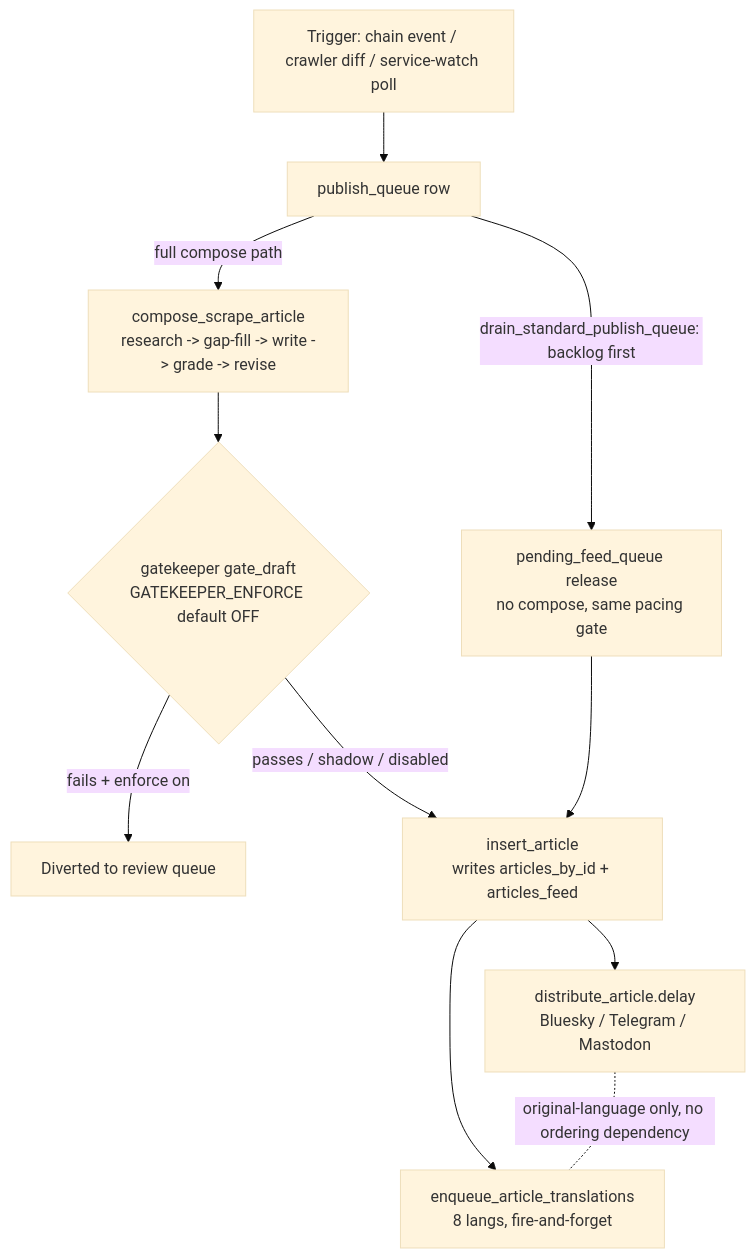
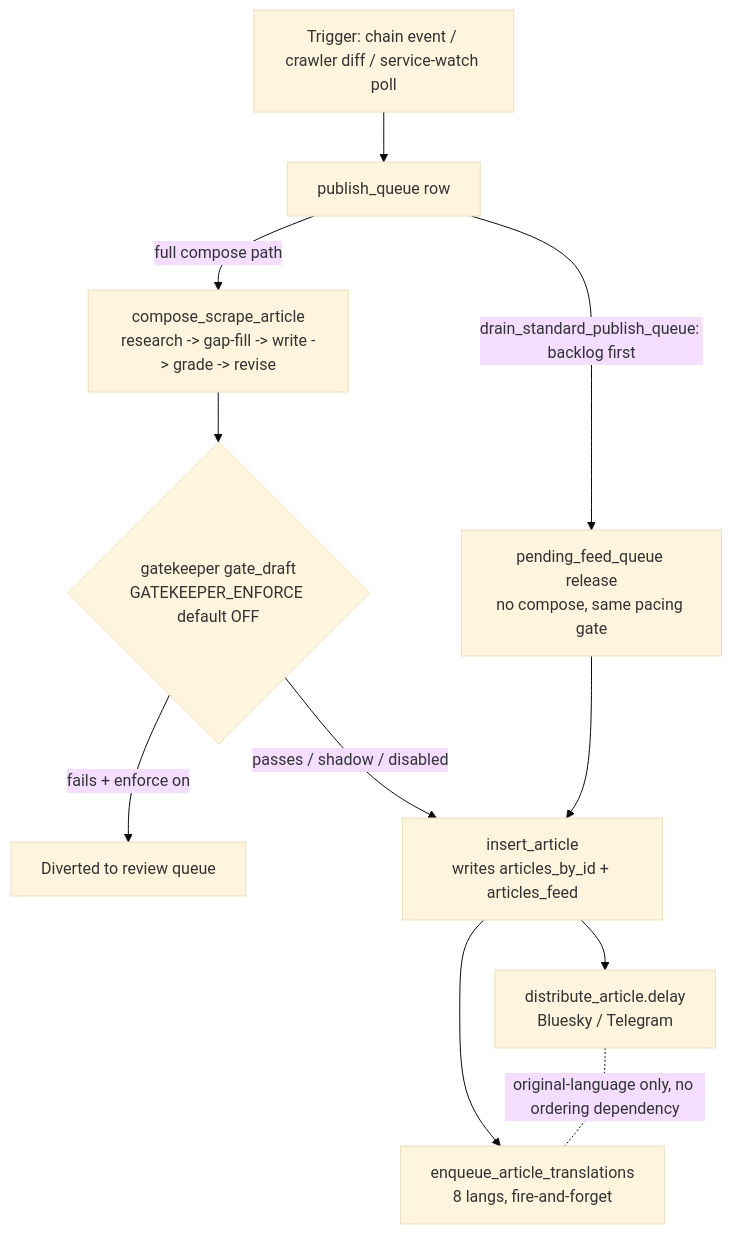
Before and after one commit to PXke/algorand_service: the diagram in docs/architecture/publish-pipeline-workflow.md, drawn with Mermaid (base theme). The commit also changed 10 other files, not shown here.

````diff
--- a/docs/architecture/publish-pipeline-workflow.md
+++ b/docs/architecture/publish-pipeline-workflow.md
@@ -39,13 +39,13 @@
 ```mermaid
 flowchart TD
     T[Trigger: chain event / crawler diff / service-watch poll] --> Q[publish_queue row]
     Q -->|drain_standard_publish_queue: backlog first| F[pending_feed_queue release\nno compose, same pacing gate]
     Q -->|full compose path| C[compose_scrape_article\nresearch -> gap-fill -> write -> grade -> revise]
     C --> G{gatekeeper gate_draft\nGATEKEEPER_ENFORCE default OFF}
     G -->|fails + enforce on| R[Diverted to review queue]
     G -->|passes / shadow / disabled| P[insert_article\nwrites articles_by_id + articles_feed]
     F --> P
-    P --> D[distribute_article.delay\nBluesky / Telegram / Mastodon]
+    P --> D[distribute_article.delay\nBluesky / Telegram]
     P --> X[enqueue_article_translations\n8 langs, fire-and-forget]
     D -.original-language only, no ordering dependency.- X
 ```
````
